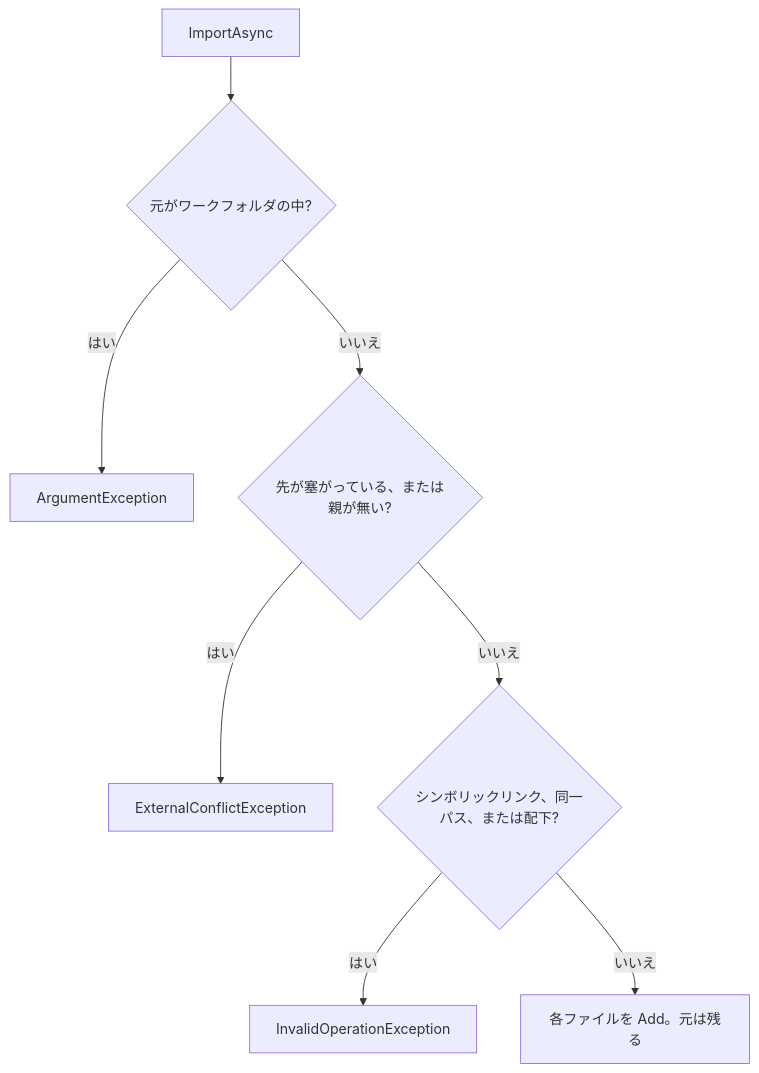
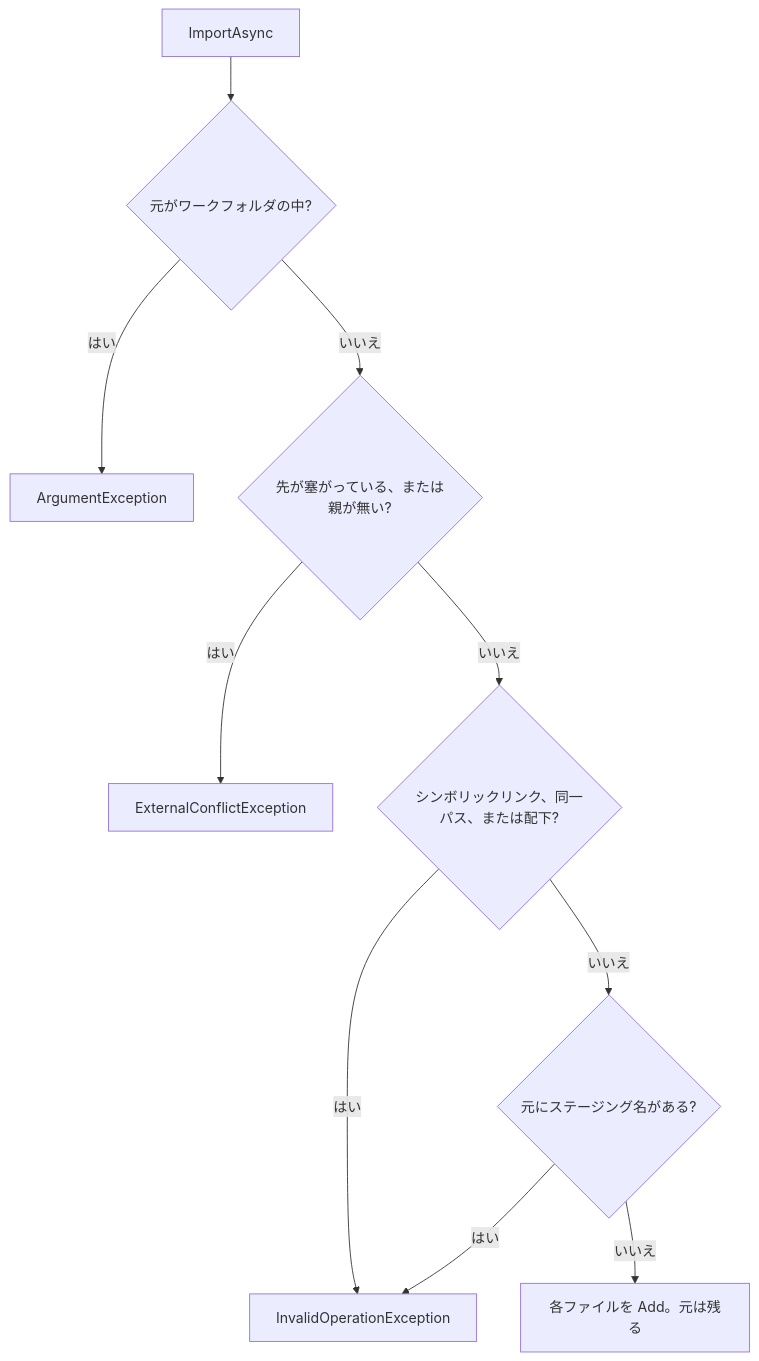
Before and after one commit to YUKIKEDA/Txfio: diagram 12 of 15 in README.ja.md, drawn with Mermaid. The commit also changed other lines of this file and 1 other file, not shown here.

Commit message:
docs: show the staging-name rejection in the ImportAsync flowchart (#335)
The pre-release documentation review for 0.2.0 found that the
ImportAsync flowchart in README.md and README.ja.md did not show the
InvalidOperationException for a staging name in the source, which the
text above it describes. Also write the swap backup as
`{name}.{txid}.txold` in README.ja.md, as elsewhere.

Closes #334

````diff
--- a/README.ja.md
+++ b/README.ja.md
@@ -417,10 +417,12 @@
 ```mermaid
 flowchart TD
   imp["ImportAsync"] --> inside{"元がワークフォルダの中?"}
   inside -->|はい| arg["ArgumentException"]
   inside -->|いいえ| blocked{"先が塞がっている、または親が無い?"}
   blocked -->|はい| ext["ExternalConflictException"]
   blocked -->|いいえ| bad{"シンボリックリンク、同一パス、または配下?"}
   bad -->|はい| inv["InvalidOperationException"]
-  bad -->|いいえ| add["各ファイルを Add。元は残る"]
+  bad -->|いいえ| staging{"元にステージング名がある?"}
+  staging -->|はい| inv
+  staging -->|いいえ| add["各ファイルを Add。元は残る"]
 ```
````
